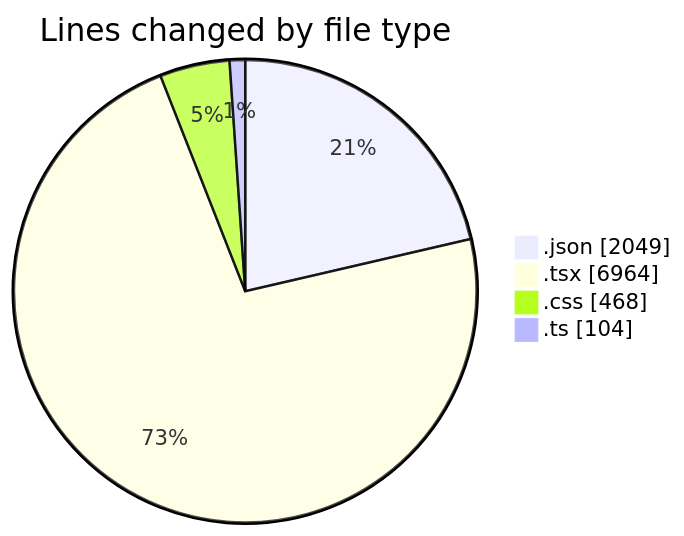
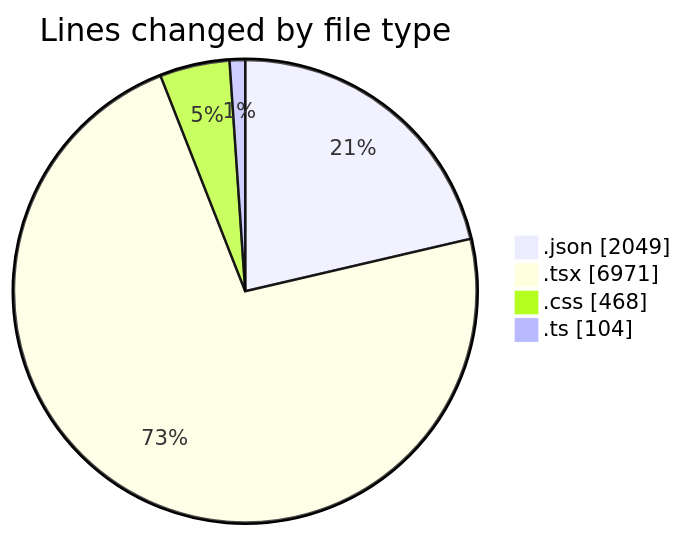
One commit to EIIisD/code-tracking changed the first of 2 diagrams in 2025-08-14/ribbon/README.md. Above: the diagram before and after it, drawn with Mermaid. The commit also changed other lines of this file and 1 other file, not shown here.

````diff
--- a/2025-08-14/ribbon/README.md
+++ b/2025-08-14/ribbon/README.md
@@ -29,8 +29,8 @@
 ```mermaid
 pie showData
 title Lines changed by file type
 ".json" : 2049
-".tsx" : 6964
+".tsx" : 6971
 ".css" : 468
 ".ts" : 104
 ```
````
